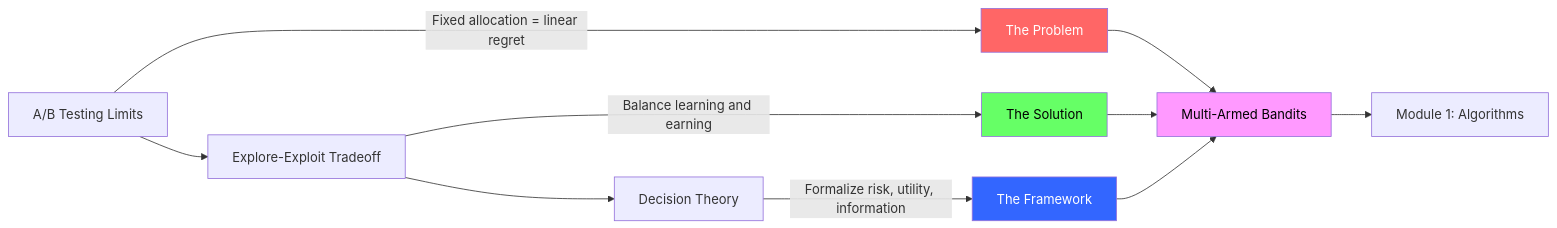
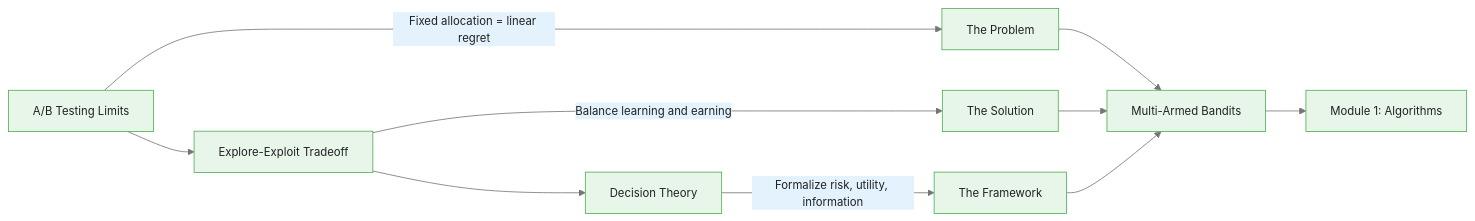
The third of 3 diagrams in courses/multi-armed-bandits-ab-testing/modules/module_00_foundations/guides/cheatsheet_slides.md (m-deane/course-creator), drawn with Mermaid before and after one commit. The commit also changed other lines of this file and 146 other files, not shown here.

````diff
--- a/courses/multi-armed-bandits-ab-testing/modules/module_00_foundations/guides/cheatsheet_slides.md
+++ b/courses/multi-armed-bandits-ab-testing/modules/module_00_foundations/guides/cheatsheet_slides.md
@@ -322,20 +360,16 @@
 ```mermaid
+%%{init: {"theme": "base", "themeVariables": {"primaryColor": "#e8f5e9", "primaryBorderColor": "#4caf50", "primaryTextColor": "#212121", "secondaryColor": "#e3f2fd", "tertiaryColor": "#fff8e1", "lineColor": "#757575", "fontFamily": "Inter, sans-serif", "fontSize": "14px"}}}%%
 flowchart LR
     AB["A/B Testing Limits"] --> EE["Explore-Exploit Tradeoff"]
     EE --> DT["Decision Theory"]
 
     AB --> |"Fixed allocation = linear regret"| Problem["The Problem"]
     EE --> |"Balance learning and earning"| Solution["The Solution"]
     DT --> |"Formalize risk, utility, information"| Framework["The Framework"]
 
     Problem --> Bandits["Multi-Armed Bandits"]
     Solution --> Bandits
     Framework --> Bandits
 
     Bandits --> M1["Module 1: Algorithms"]
-
-    style Problem fill:#f66,color:#fff
-    style Solution fill:#6f6,color:#000
-    style Framework fill:#36f,color:#fff
-    style Bandits fill:#f9f,color:#000
 ```
````
